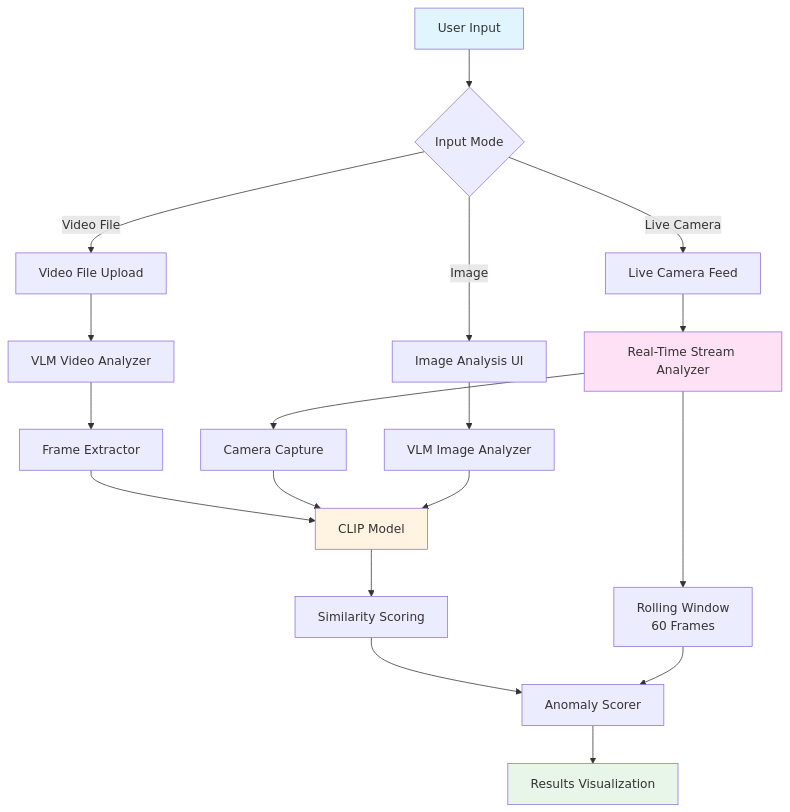
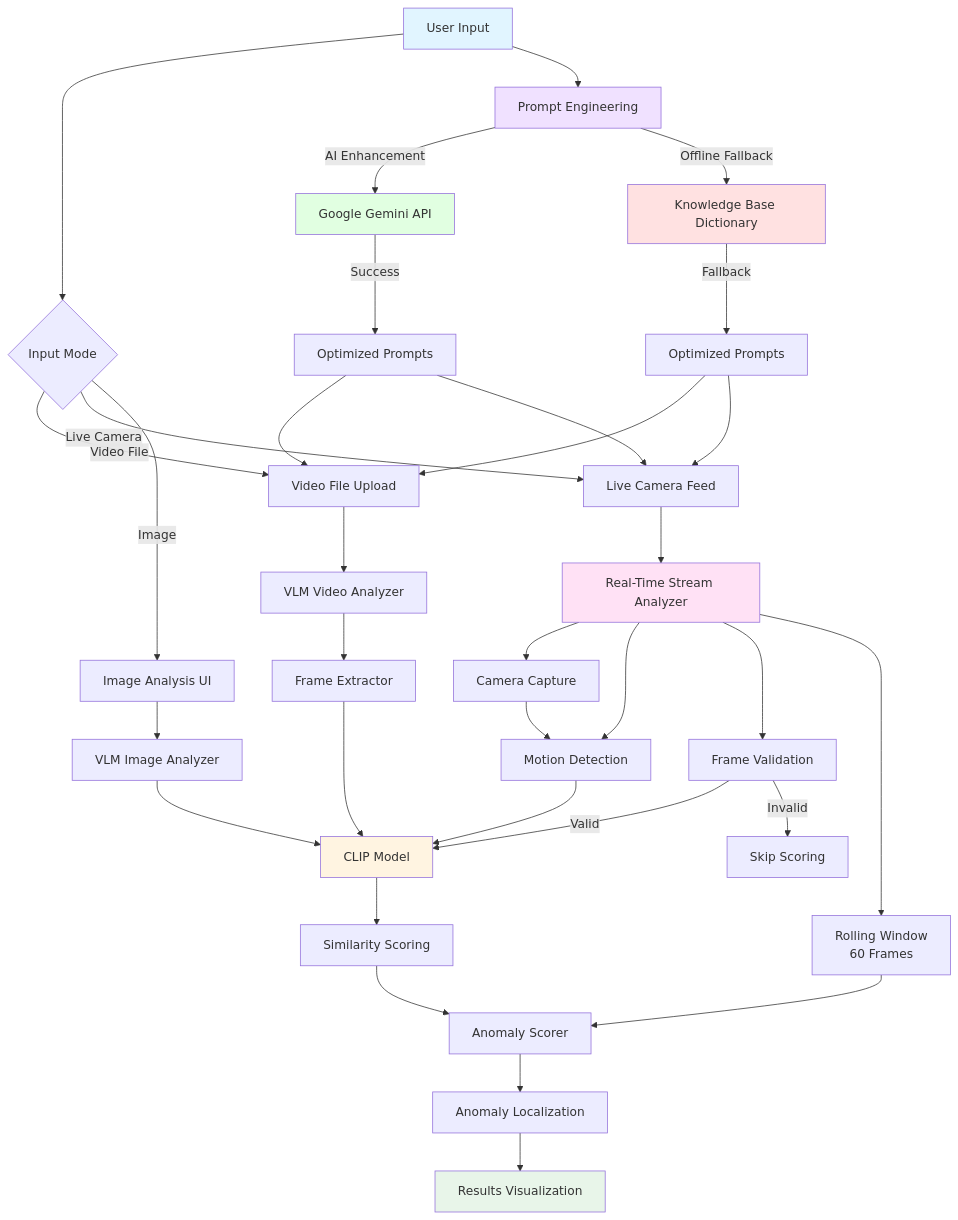
Before and after one commit to Seif-rashwan/VLM-Anomaly-Detection--: the first of 2 diagrams in README.md, drawn with Mermaid. The commit also changed other lines of this file and 2 other files, not shown here.

Commit message:
with prompt engineering

````diff
--- a/README.md
+++ b/README.md
@@ -75,29 +84,48 @@
 ```mermaid
 graph TB
     A[User Input] --> B{Input Mode}
     B -->|Video File| C[Video File Upload]
     B -->|Live Camera| D[Live Camera Feed]
     B -->|Image| E[Image Analysis UI]
     
+    A --> PE[Prompt Engineering]
+    PE -->|AI Enhancement| GE[Google Gemini API]
+    PE -->|Offline Fallback| KB[Knowledge Base Dictionary]
+    GE -->|Success| OP1[Optimized Prompts]
+    KB -->|Fallback| OP2[Optimized Prompts]
+    OP1 --> C
+    OP1 --> D
+    OP2 --> C
+    OP2 --> D
+    
     C --> F[VLM Video Analyzer]
     D --> G[Real-Time Stream Analyzer]
     E --> H[VLM Image Analyzer]
     
     F --> I[Frame Extractor]
     G --> J[Camera Capture]
-    I --> K[CLIP Model]
-    J --> K
+    G --> MD[Motion Detection]
+    G --> FV[Frame Validation]
+    FV -->|Valid| K[CLIP Model]
+    FV -->|Invalid| SKIP[Skip Scoring]
+    I --> K
+    J --> MD
+    MD --> K
     H --> K
     
     K --> L[Similarity Scoring]
     L --> M[Anomaly Scorer]
-    M --> N[Results Visualization]
+    M --> AL[Anomaly Localization]
+    AL --> N[Results Visualization]
     
     G --> O[Rolling Window<br/>60 Frames]
     O --> M
     
     style A fill:#e1f5ff
     style K fill:#fff4e1
     style N fill:#e8f5e9
     style G fill:#ffe1f5
+    style PE fill:#f0e1ff
+    style GE fill:#e1ffe1
+    style KB fill:#ffe1e1
 ```
````
